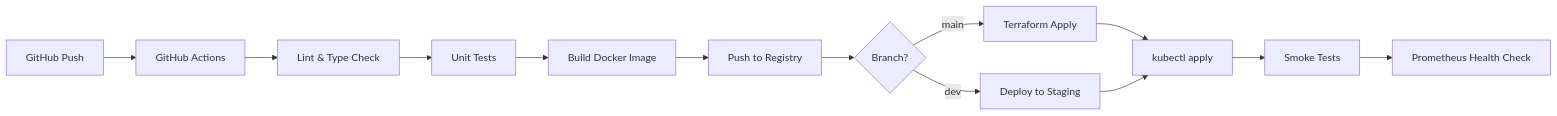
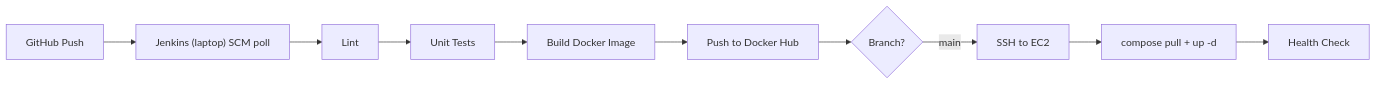
One commit to keshav138/Multi-Modal-RAG changed the second of 2 diagrams in docs/fastapi-plan.md. Above: the diagram before and after it, drawn with Mermaid. The commit also changed other lines of this file and 26 other files, not shown here.

Commit message:
simplified devops architecture

````diff
--- a/docs/fastapi-plan.md
+++ b/docs/fastapi-plan.md
@@ -254,15 +246,12 @@
 ```mermaid
 flowchart LR
-    A["GitHub Push"] --> B["GitHub Actions"]
-    B --> C["Lint & Type Check"]
+    A["GitHub Push"] --> B["Jenkins (laptop) SCM poll"]
+    B --> C["Lint"]
     C --> D["Unit Tests"]
     D --> E["Build Docker Image"]
-    E --> F["Push to Registry"]
+    E --> F["Push to Docker Hub"]
     F --> G{"Branch?"}
-    G -->|main| H["Terraform Apply"]
-    G -->|dev| I["Deploy to Staging"]
-    H --> J["kubectl apply"]
-    I --> J
-    J --> K["Smoke Tests"]
-    K --> L["Prometheus Health Check"]
+    G -->|main| H["SSH to EC2"]
+    H --> I["compose pull + up -d"]
+    I --> J["Health Check"]
 ```
````
